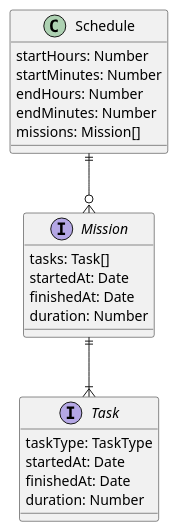
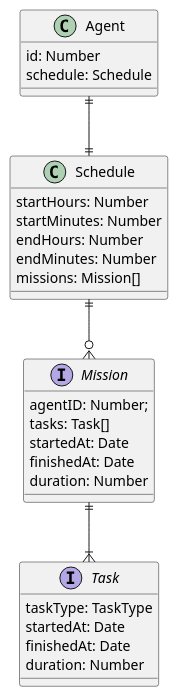
Before and after one commit to seekseep/rescue-helicopter-simulation: the diagram in uml/er-schedule.pu, drawn with PlantUML. The commit also changed 27 other files, not shown here.

```diff
--- a/uml/er-schedule.pu
+++ b/uml/er-schedule.pu
@@ -1,28 +1,35 @@
-@startuml shedule_entity_relationship
+@startuml schedule-entity-relationship
+
+class Agent {
+  id: Number
+  schedule: Schedule
+}
 
 class Schedule {
   startHours: Number
   startMinutes: Number
   endHours: Number
   endMinutes: Number
   missions: Mission[]
 }
 
 interface Mission {
+  agentID: Number;
   tasks: Task[]
   startedAt: Date
   finishedAt: Date
   duration: Number
 }
 
 interface Task {
   taskType: TaskType
   startedAt: Date
   finishedAt: Date
   duration: Number
 }
 
+Agent||--||Schedule
 Schedule||--o{Mission
 Mission||--|{Task
 
 @enduml
```
